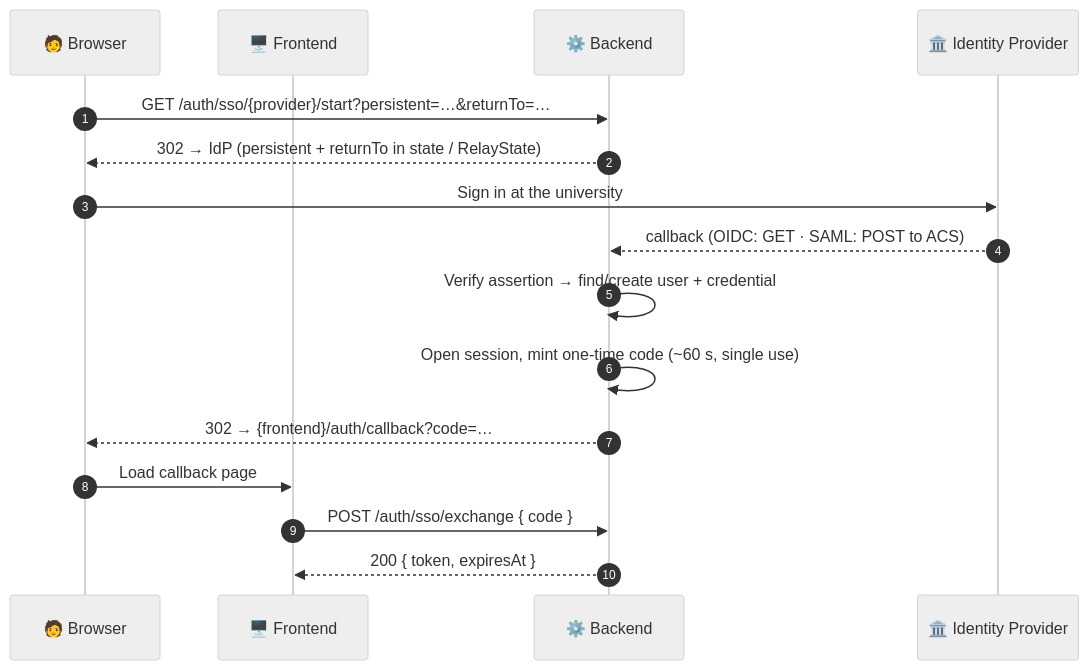
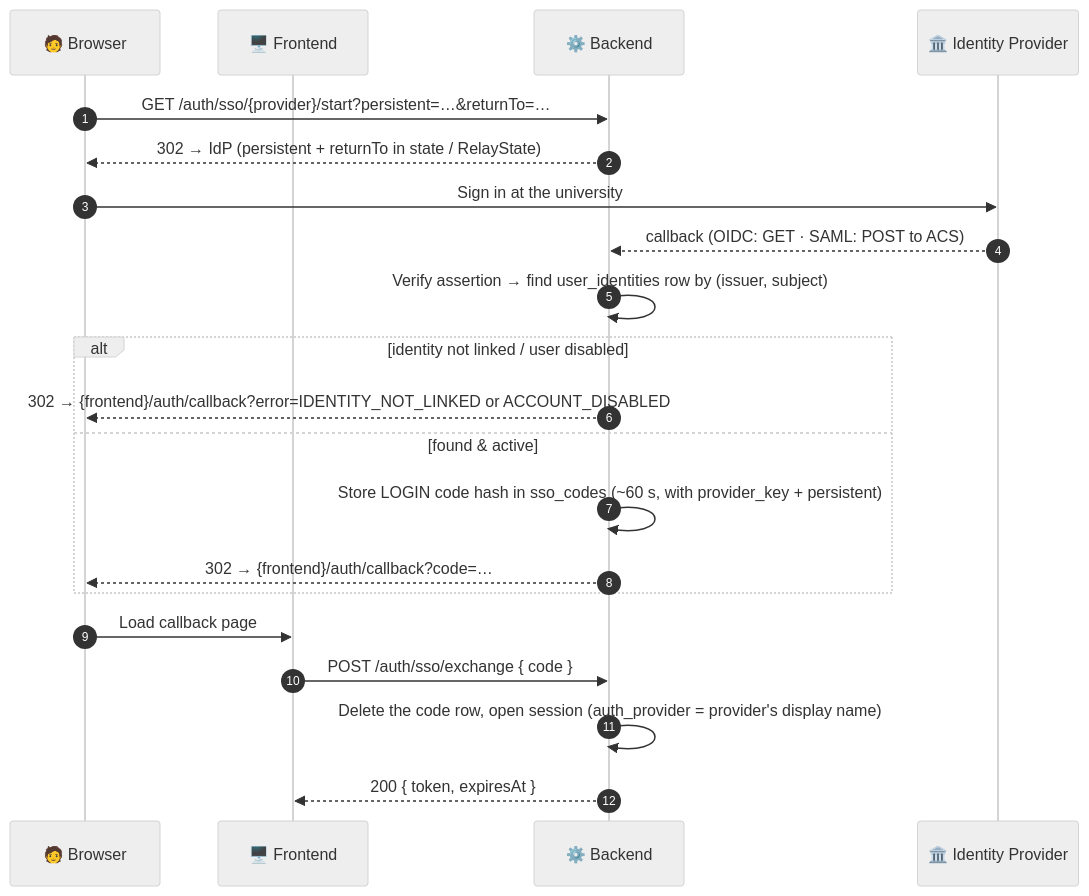
The sixth of 7 diagrams in docs/api-design/01-auth-sessions.md (openshelves-labs/openshelves), drawn with Mermaid (neutral theme) before and after one commit. The commit also changed other lines of this file and 19 other files, not shown here.

Commit message:
feat: implement user password management and device session handling

````diff
--- a/docs/api-design/01-auth-sessions.md
+++ b/docs/api-design/01-auth-sessions.md
@@ -299,19 +346,24 @@
 ```mermaid
 sequenceDiagram
     autonumber
     participant U as 🧑 Browser
     participant FE as 🖥️ Frontend
     participant BE as ⚙️ Backend
     participant IdP as 🏛️ Identity Provider
 
     U->>BE: GET /auth/sso/{provider}/start?persistent=…&returnTo=…
     BE-->>U: 302 → IdP (persistent + returnTo in state / RelayState)
     U->>IdP: Sign in at the university
     IdP-->>BE: callback (OIDC: GET · SAML: POST to ACS)
-    BE->>BE: Verify assertion → find/create user + credential
-    BE->>BE: Open session, mint one-time code (~60 s, single use)
-    BE-->>U: 302 → {frontend}/auth/callback?code=…
+    BE->>BE: Verify assertion → find user_identities row by (issuer, subject)
+    alt identity not linked / user disabled
+        BE-->>U: 302 → {frontend}/auth/callback?error=IDENTITY_NOT_LINKED or ACCOUNT_DISABLED
+    else found & active
+        BE->>BE: Store LOGIN code hash in sso_codes (~60 s, with provider_key + persistent)
+        BE-->>U: 302 → {frontend}/auth/callback?code=…
+    end
     U->>FE: Load callback page
     FE->>BE: POST /auth/sso/exchange { code }
+    BE->>BE: Delete the code row, open session (auth_provider = provider's display name)
     BE-->>FE: 200 { token, expiresAt }
 ```
````
